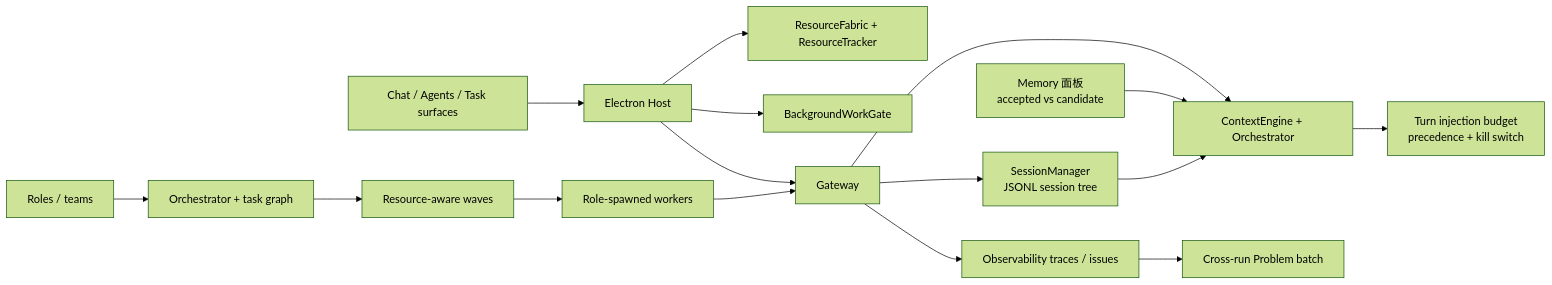
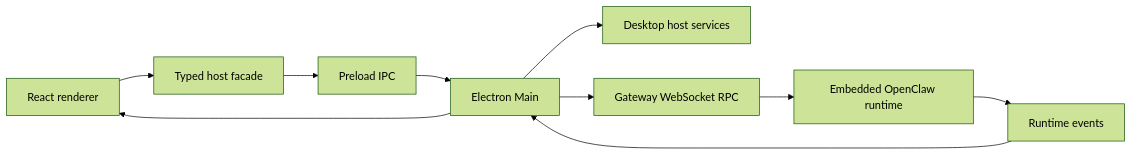
One commit to Baixu22/VerseClaw changed the diagram in README.zh-CN.md. Above: the diagram before and after it, drawn with Mermaid (forest theme). The commit also changed other lines of this file and 18 other files, not shown here.

````diff
--- a/README.zh-CN.md
+++ b/README.zh-CN.md
@@ -230,18 +130,11 @@
 ```mermaid
 flowchart LR
-  UI["Chat / Agents / Task surfaces"] --> HOST["Electron Host"]
-  HOST --> RESOURCE["ResourceFabric + ResourceTracker"]
-  HOST --> SHED["BackgroundWorkGate"]
-  HOST --> GATEWAY["Gateway"]
-  GATEWAY --> SESSION["SessionManager<br/>JSONL session tree"]
-  GATEWAY --> CONTEXT["ContextEngine + Orchestrator"]
-  MEMORY["Memory 面板<br/>accepted vs candidate"] --> CONTEXT
-  SESSION --> CONTEXT
-  CONTEXT --> BUDGET["Turn injection budget<br/>precedence + kill switch"]
-  ROLE["Roles / teams"] --> ORCH["Orchestrator + task graph"]
-  ORCH --> WAVES["Resource-aware waves"]
-  WAVES --> WORKERS["Role-spawned workers"]
-  WORKERS --> GATEWAY
-  GATEWAY --> OBS["Observability traces / issues"]
-  OBS --> PROBLEMS["Cross-run Problem batch"]
+  UI["React renderer"] --> HOST["Typed host facade"]
+  HOST --> IPC["Preload IPC"]
+  IPC --> MAIN["Electron Main"]
+  MAIN --> SERVICES["Desktop host services"]
+  MAIN --> GW["Gateway WebSocket RPC"]
+  GW --> RUNTIME["Embedded OpenClaw runtime"]
+  RUNTIME --> EVENTS["Runtime events"]
+  EVENTS --> MAIN --> UI
 ```
````
